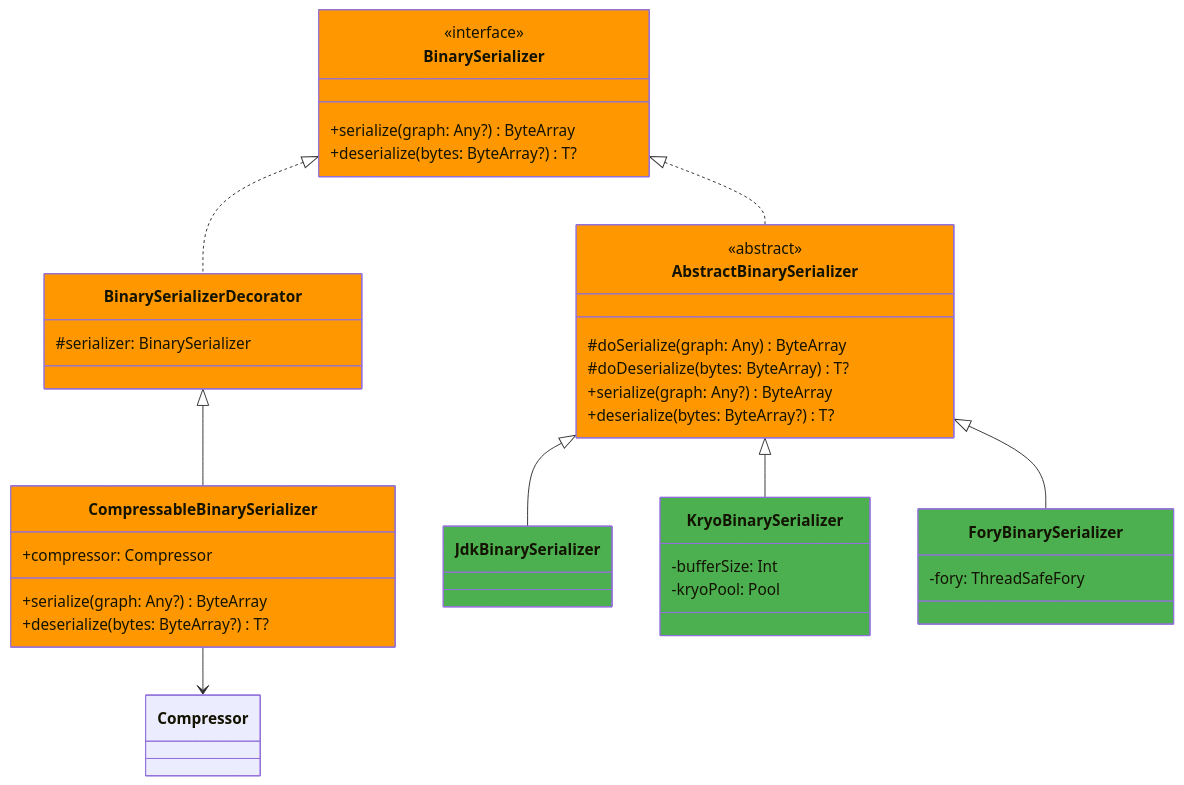
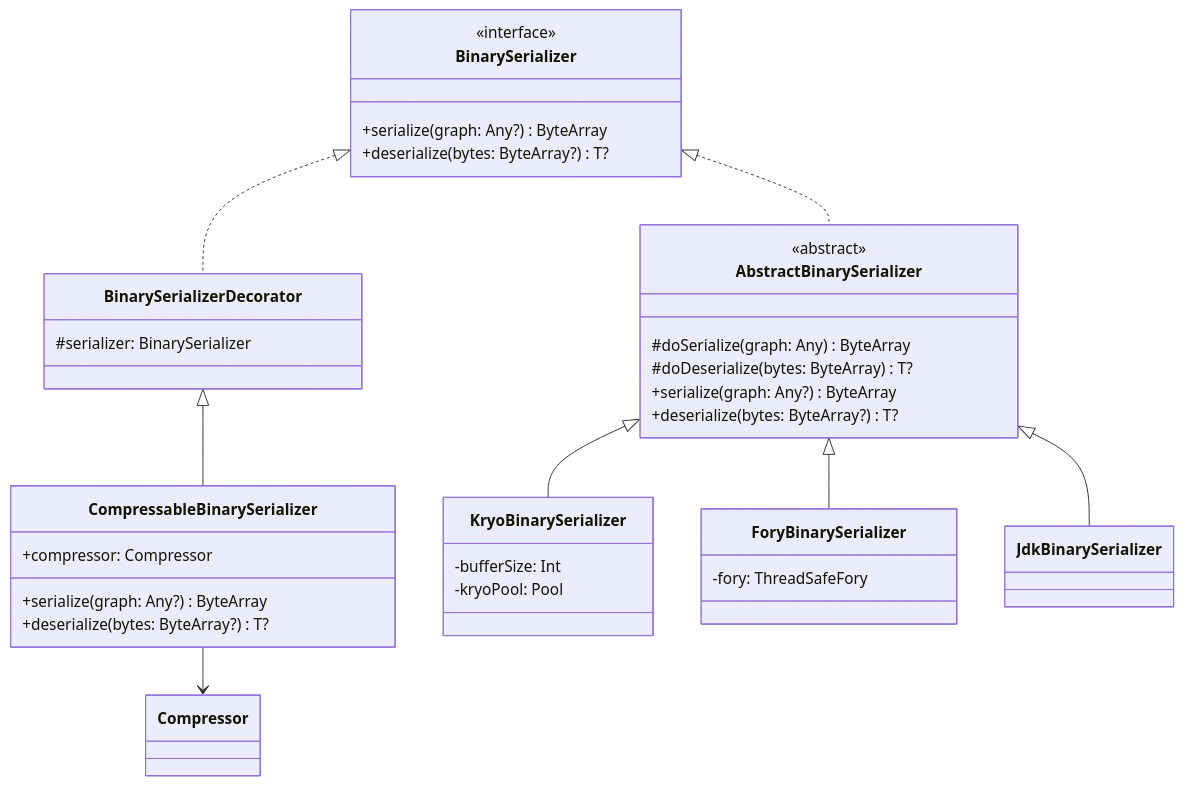
Before and after one commit to bluetape4k/bluetape4k-projects: the second of 4 diagrams in io/io/README.md, drawn with Mermaid. The commit also changed other lines of this file and 95 other files, not shown here.

First line of the commit message:
docs: Mermaid 파서 오류 전체 수정 (IntelliJ IDEA 호환)

````diff
--- a/io/io/README.md
+++ b/io/io/README.md
@@ -487,48 +470,43 @@
 ```mermaid
 classDiagram
-    class BinarySerializer:::serializerStyle {
+    class BinarySerializer {
         <<interface>>
         +serialize(graph: Any?) ByteArray
         +deserialize(bytes: ByteArray?) T?
     }
 
-    class AbstractBinarySerializer:::serializerStyle {
+    class AbstractBinarySerializer {
         <<abstract>>
         #doSerialize(graph: Any) ByteArray
         #doDeserialize(bytes: ByteArray) T?
         +serialize(graph: Any?) ByteArray
         +deserialize(bytes: ByteArray?) T?
     }
 
-    class BinarySerializerDecorator:::serializerStyle {
+    class BinarySerializerDecorator {
         #serializer: BinarySerializer
     }
 
-    class CompressableBinarySerializer:::serializerStyle {
+    class CompressableBinarySerializer {
         +compressor: Compressor
         +serialize(graph: Any?) ByteArray
         +deserialize(bytes: ByteArray?) T?
     }
 
-    class JdkBinarySerializer:::extensionStyle
-    class KryoBinarySerializer:::extensionStyle {
+    class KryoBinarySerializer {
         -bufferSize: Int
         -kryoPool: Pool
     }
-    class ForyBinarySerializer:::extensionStyle {
+    class ForyBinarySerializer {
         -fory: ThreadSafeFory
     }
 
     BinarySerializer <|.. AbstractBinarySerializer
     BinarySerializer <|.. BinarySerializerDecorator
     AbstractBinarySerializer <|-- JdkBinarySerializer
     AbstractBinarySerializer <|-- KryoBinarySerializer
     AbstractBinarySerializer <|-- ForyBinarySerializer
     BinarySerializerDecorator <|-- CompressableBinarySerializer
     CompressableBinarySerializer --> Compressor
 
-    classDef serializerStyle fill:#FF9800
-    classDef extensionStyle fill:#4CAF50
-    classDef ioStyle fill:#607D8B
-    classDef codecStyle fill:#2196F3
 ```
````
